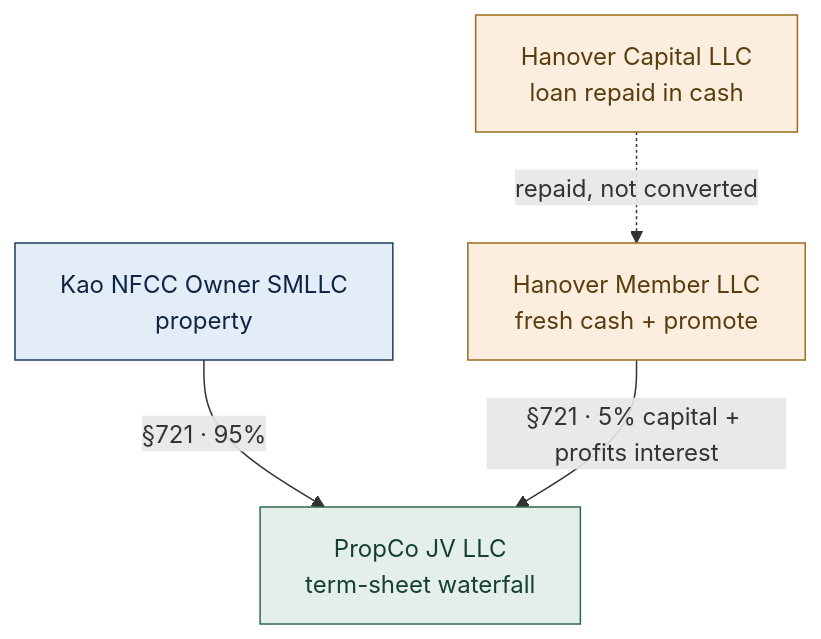
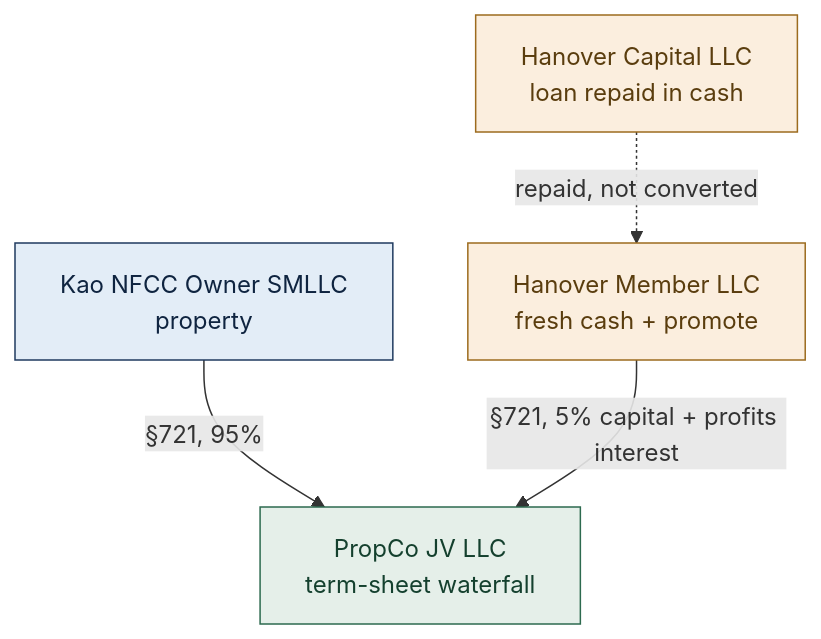
One commit to EthanCow/North-Forsyth-1031-Diagrams changed the ninth of 10 diagrams in North_Forsyth_1031_Diagrams.md. Above: the diagram before and after it, drawn with Mermaid. The commit also changed other lines of this file and 1 other file, not shown here.

````diff
--- a/North_Forsyth_1031_Diagrams.md
+++ b/North_Forsyth_1031_Diagrams.md
@@ -633,13 +631,13 @@
 ```mermaid
 flowchart TB
   KLLC["Kao NFCC Owner SMLLC\nproperty"]:::kao
   HCAP["Hanover Capital LLC\nloan repaid in cash"]:::han
   HMEM["Hanover Member LLC\nfresh cash + promote"]:::han
   JV["PropCo JV LLC\nterm-sheet waterfall"]:::asset
-  KLLC -->|"§721 · 95%"| JV
+  KLLC -->|"§721, 95%"| JV
   HCAP -.->|"repaid, not converted"| HMEM
-  HMEM -->|"§721 · 5% capital + profits interest"| JV
+  HMEM -->|"§721, 5% capital + profits interest"| JV
   classDef kao fill:#e3edf7,stroke:#1f3a5f,color:#0f2440;
   classDef han fill:#fbeede,stroke:#9c6b1e,color:#5a3d0e;
   classDef asset fill:#e5efe9,stroke:#2d6a4f,color:#14402e;
 ```
````
